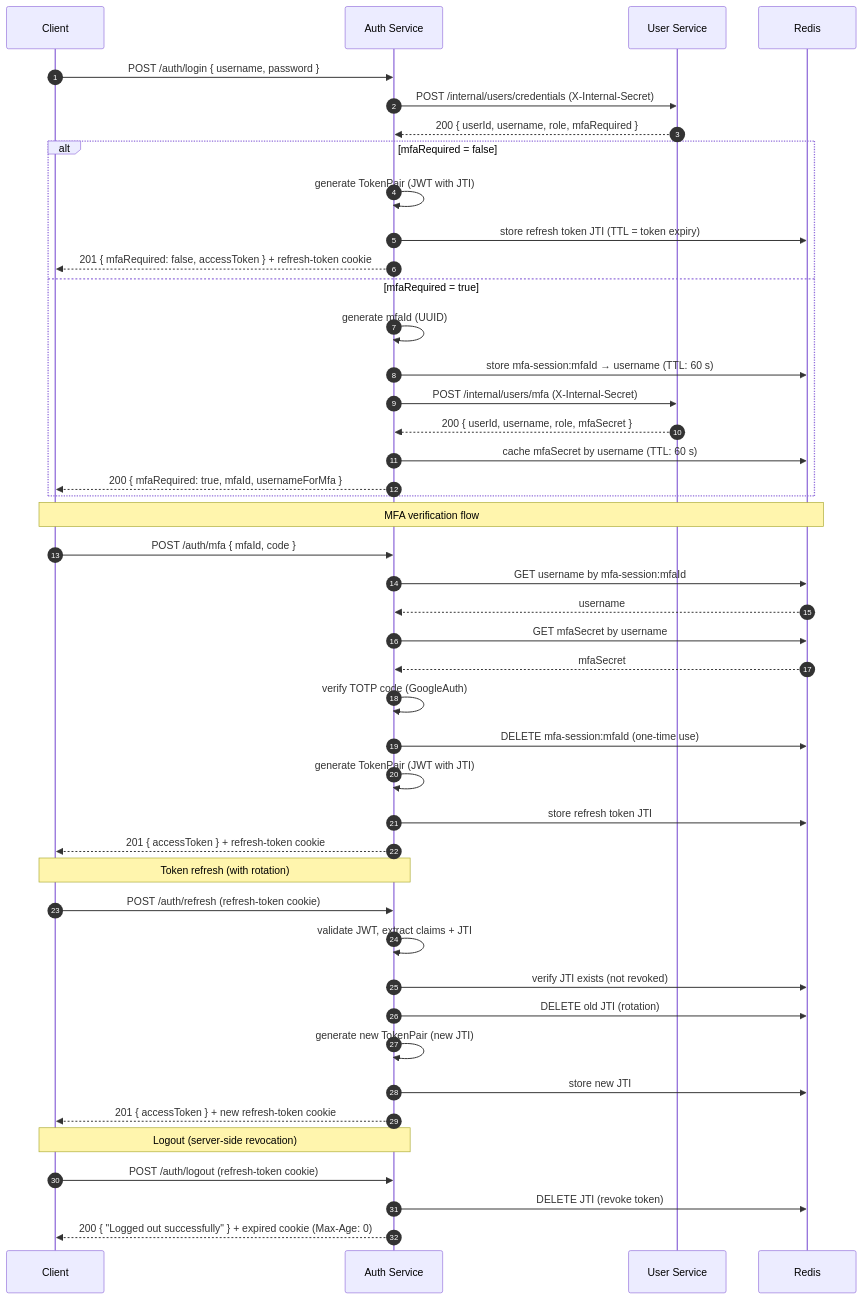
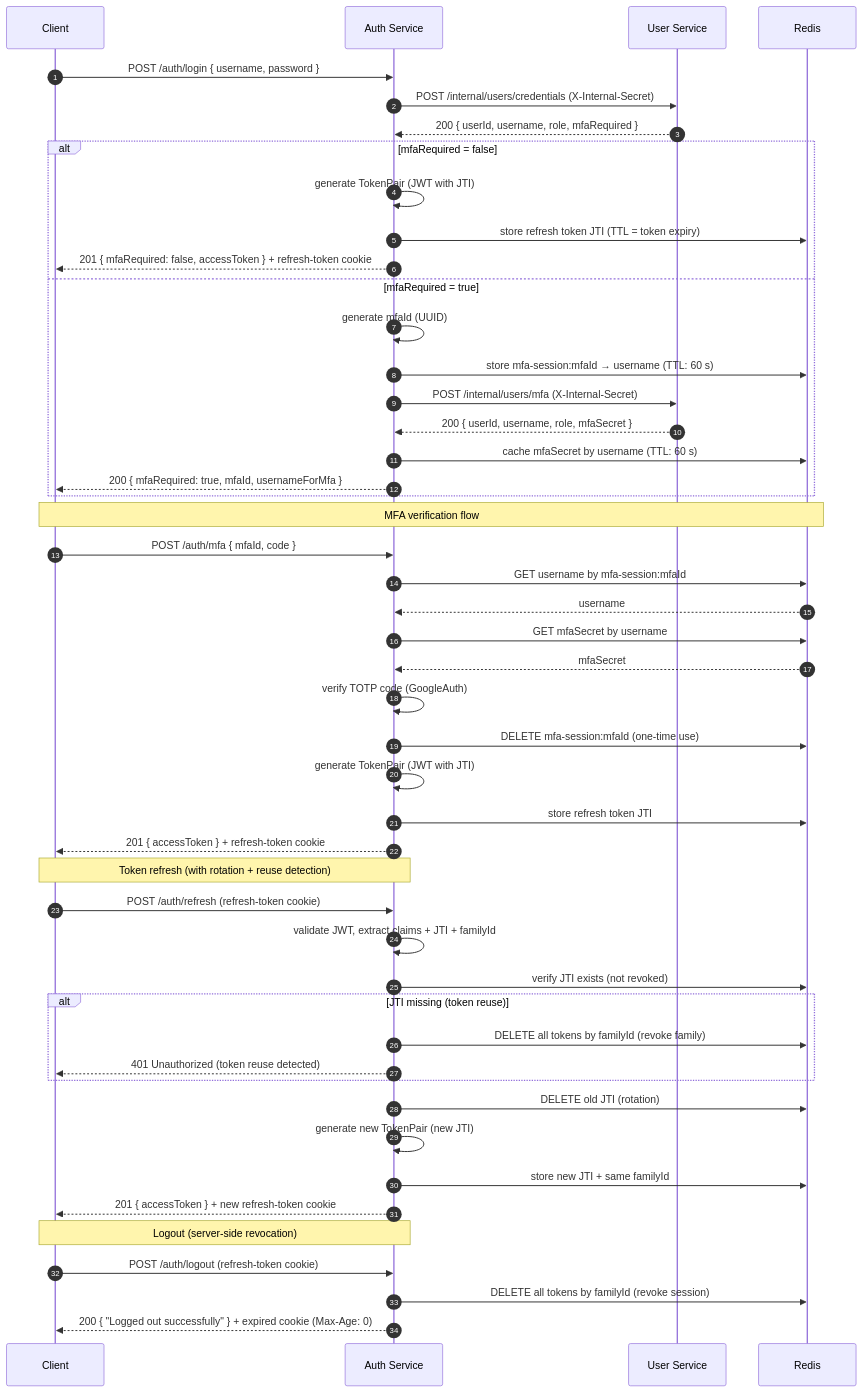
Before and after one commit to mrzodeczko-dev/security-platform: the first of 2 diagrams in services/auth-service/README.md, drawn with Mermaid. The commit also changed other lines of this file and 13 other files, not shown here.

````diff
--- a/services/auth-service/README.md
+++ b/services/auth-service/README.md
@@ -50,51 +50,55 @@
 ```mermaid
 sequenceDiagram
     autonumber
     participant C as Client
     participant AS as Auth Service
     participant US as User Service
     participant R as Redis
 
     C->>AS: POST /auth/login { username, password }
     AS->>US: POST /internal/users/credentials (X-Internal-Secret)
     US-->>AS: 200 { userId, username, role, mfaRequired }
 
     alt mfaRequired = false
         AS->>AS: generate TokenPair (JWT with JTI)
         AS->>R: store refresh token JTI (TTL = token expiry)
         AS-->>C: 201 { mfaRequired: false, accessToken } + refresh-token cookie
     else mfaRequired = true
         AS->>AS: generate mfaId (UUID)
         AS->>R: store mfa-session:mfaId → username (TTL: 60 s)
         AS->>US: POST /internal/users/mfa (X-Internal-Secret)
         US-->>AS: 200 { userId, username, role, mfaSecret }
         AS->>R: cache mfaSecret by username (TTL: 60 s)
         AS-->>C: 200 { mfaRequired: true, mfaId, usernameForMfa }
     end
 
     Note over C,R: MFA verification flow
     C->>AS: POST /auth/mfa { mfaId, code }
     AS->>R: GET username by mfa-session:mfaId
     R-->>AS: username
     AS->>R: GET mfaSecret by username
     R-->>AS: mfaSecret
     AS->>AS: verify TOTP code (GoogleAuth)
     AS->>R: DELETE mfa-session:mfaId (one-time use)
     AS->>AS: generate TokenPair (JWT with JTI)
     AS->>R: store refresh token JTI
     AS-->>C: 201 { accessToken } + refresh-token cookie
 
-    Note over C,AS: Token refresh (with rotation)
+    Note over C,AS: Token refresh (with rotation + reuse detection)
     C->>AS: POST /auth/refresh (refresh-token cookie)
-    AS->>AS: validate JWT, extract claims + JTI
+    AS->>AS: validate JWT, extract claims + JTI + familyId
     AS->>R: verify JTI exists (not revoked)
+    alt JTI missing (token reuse)
+        AS->>R: DELETE all tokens by familyId (revoke family)
+        AS-->>C: 401 Unauthorized (token reuse detected)
+    end
     AS->>R: DELETE old JTI (rotation)
     AS->>AS: generate new TokenPair (new JTI)
-    AS->>R: store new JTI
+    AS->>R: store new JTI + same familyId
     AS-->>C: 201 { accessToken } + new refresh-token cookie
 
     Note over C,AS: Logout (server-side revocation)
     C->>AS: POST /auth/logout (refresh-token cookie)
-    AS->>R: DELETE JTI (revoke token)
+    AS->>R: DELETE all tokens by familyId (revoke session)
     AS-->>C: 200 { "Logged out successfully" } + expired cookie (Max-Age: 0)
 ```
````
